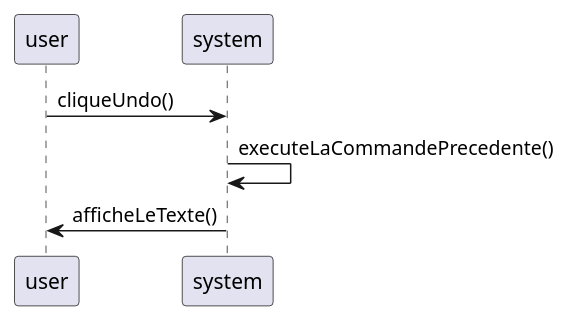
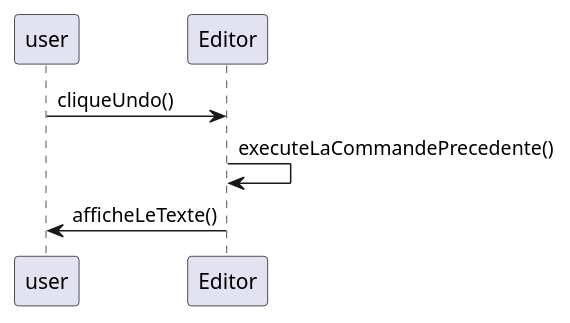
Before and after one commit to kiurow590/ESIR2_OMD_Project_Editor: the diagram in UMLDiag/v2/SequenceUndo.puml, drawn with PlantUML. The commit also changed 2 other files, not shown here.

```diff
--- a/UMLDiag/v2/SequenceUndo.puml
+++ b/UMLDiag/v2/SequenceUndo.puml
@@ -1,6 +1,6 @@
 @startuml
 'https://plantuml.com/sequence-diagram
-user -> system: cliqueUndo()
-system -> system: executeLaCommandePrecedente()
-system -> user: afficheLeTexte()
+user -> Editor: cliqueUndo()
+Editor -> Editor: executeLaCommandePrecedente()
+Editor -> user: afficheLeTexte()
 @enduml
```
